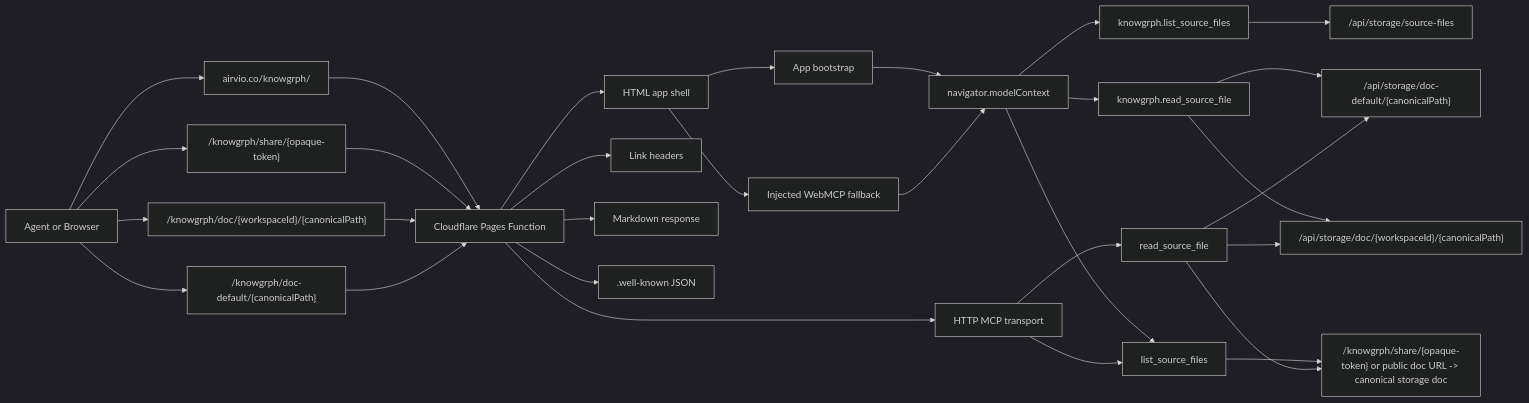
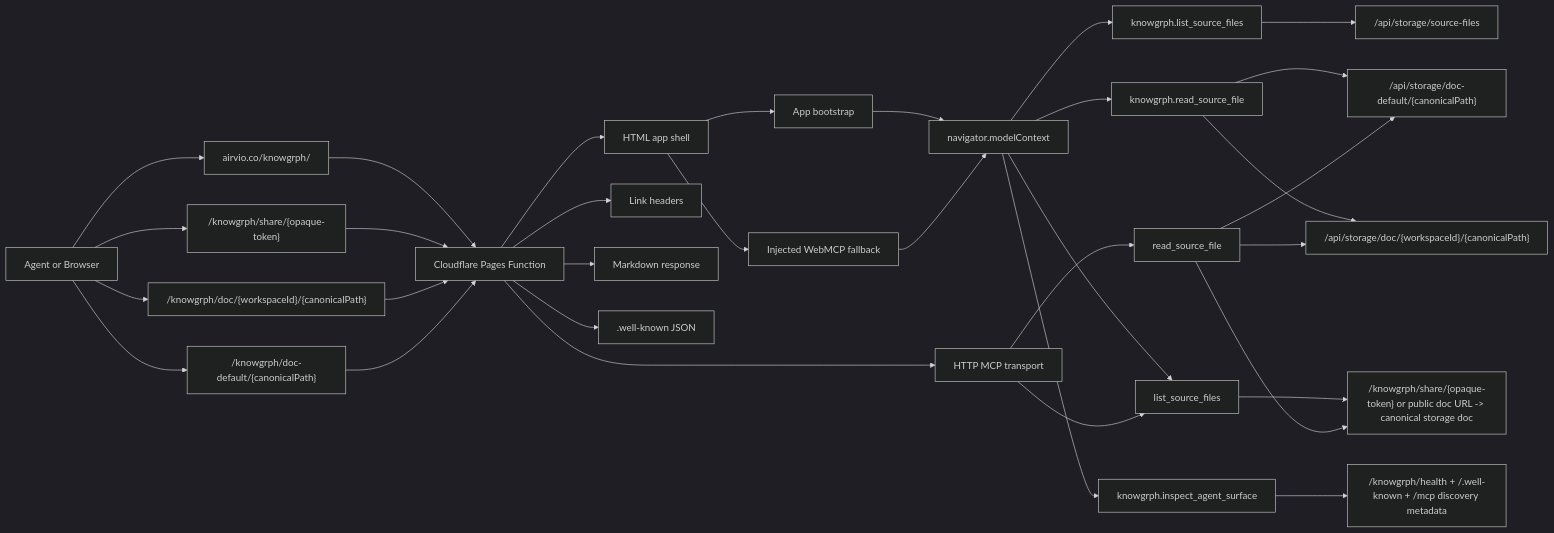
One commit to huijoohwee/knowgrph changed the first of 3 diagrams in docs/documents/knowgrph-agent-ready-prd-tad-proposed.md. Above: the diagram before and after it, drawn with Mermaid (dark theme). The commit also changed other lines of this file and 10 other files, not shown here.

Commit message:
Add inspect_agent_surface agent-ready tool

````diff
--- a/docs/documents/knowgrph-agent-ready-prd-tad-proposed.md
+++ b/docs/documents/knowgrph-agent-ready-prd-tad-proposed.md
@@ -572,32 +572,34 @@
 ```mermaid
 flowchart LR
   A["Agent or Browser"] --> B["airvio.co/knowgrph/"]
   B --> C["Cloudflare Pages Function"]
   C --> D["HTML app shell"]
   C --> E["Link headers"]
   C --> F["Markdown response"]
   C --> G[".well-known JSON"]
   C --> H["HTTP MCP transport"]
   D --> I["App bootstrap"]
   D --> J["Injected WebMCP fallback"]
   I --> K["navigator.modelContext"]
   J --> K
   K --> L["knowgrph.list_source_files"]
   K --> M["knowgrph.read_source_file"]
   K --> N["knowgrph.read_shared_document"]
+  K --> O2["knowgrph.inspect_agent_surface"]
   H --> N["list_source_files"]
   H --> O["read_source_file"]
   L --> P["/api/storage/source-files"]
   M --> Q["/api/storage/doc-default/{canonicalPath}"]
   M --> R["/api/storage/doc/{workspaceId}/{canonicalPath}"]
   N --> S2["/knowgrph/share/{opaque-token} or public doc URL -> canonical storage doc"]
+  O2 --> T2["/knowgrph/health + /.well-known + /mcp discovery metadata"]
   O --> Q
   O --> R
   O --> S2
   A --> S["/knowgrph/share/{opaque-token}"]
   A --> T["/knowgrph/doc/{workspaceId}/{canonicalPath}"]
   A --> U["/knowgrph/doc-default/{canonicalPath}"]
   S --> C
   T --> C
   U --> C
 ```
````
